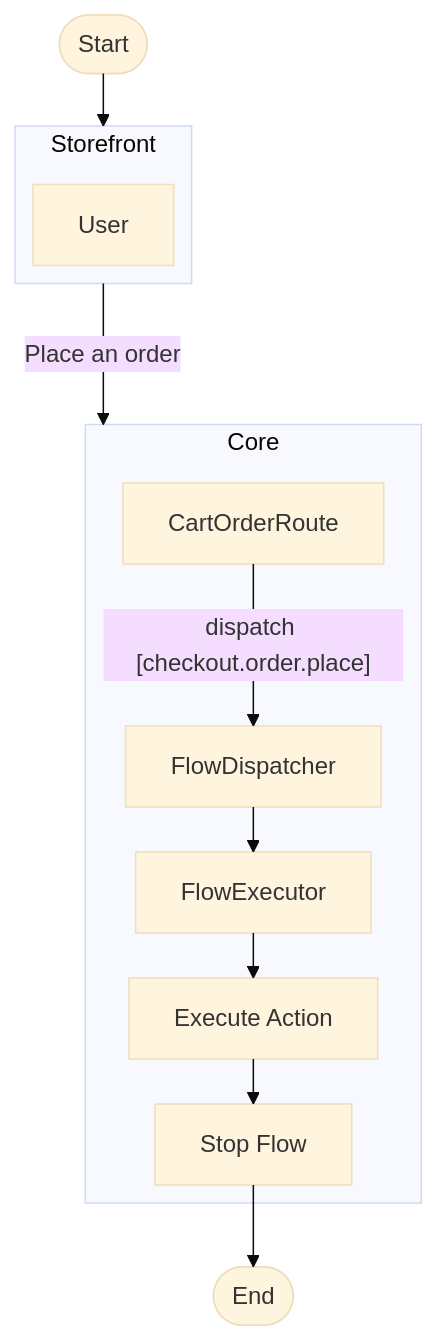
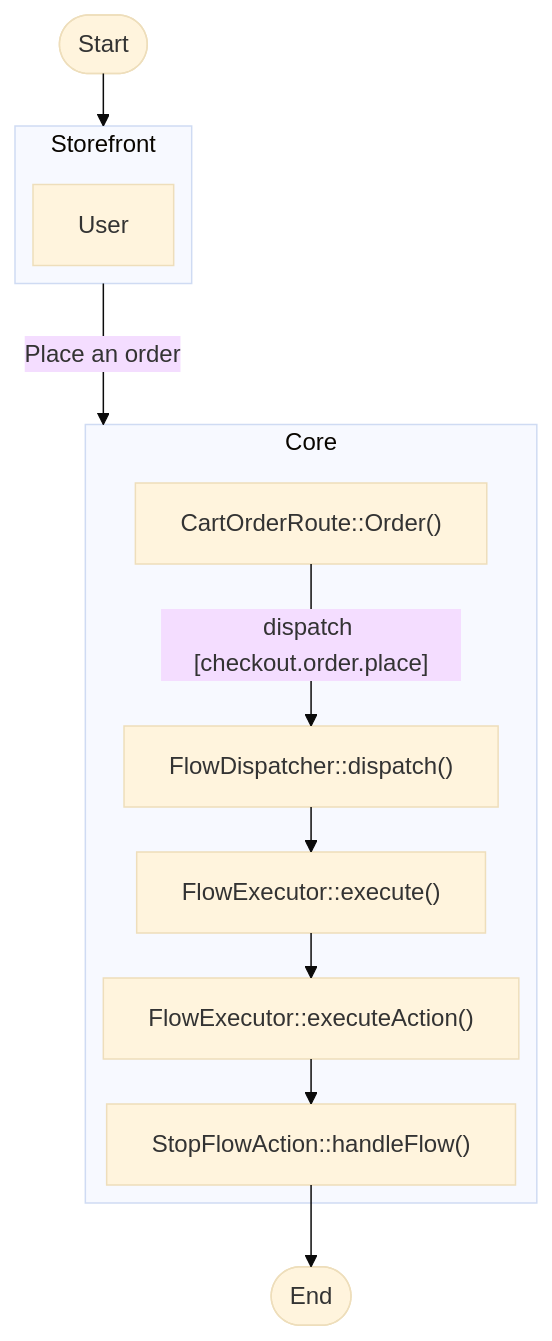
Before and after one commit to shopware/docs: the second of 2 diagrams in concepts/framework/flow-concept.md, drawn with Mermaid (base theme). The commit also changed other lines of this file and 16 other files, not shown here.

Commit message:
Update diagrams and description

````diff
--- a/concepts/framework/flow-concept.md
+++ b/concepts/framework/flow-concept.md
@@ -61,16 +62,16 @@
 ```mermaid
 flowchart-elk TD
     A([Start])
 subgraph Storefront
     B[User]
 end
 A-->Storefront
-Storefront --Place an order--> Core
+Storefront--Place an order-->Core
 subgraph Core
-    C[CartOrderRoute]--dispatch [checkout.order.place]-->D[FlowDispatcher]
-    D-->E[FlowExecutor]
-    E-->F[Execute Action]
-    F-->G[Stop Flow]
+    C["`CartOrderRoute::Order()`"]--dispatch [checkout.order.place]-->D["`FlowDispatcher::dispatch()`"]
+    D-->E["`FlowExecutor::execute()`"]
+    E-->F["`FlowExecutor::executeAction()`"]
+    F-->G["`StopFlowAction::handleFlow()`"]
 end
     G-->H([End])
 ```
````
